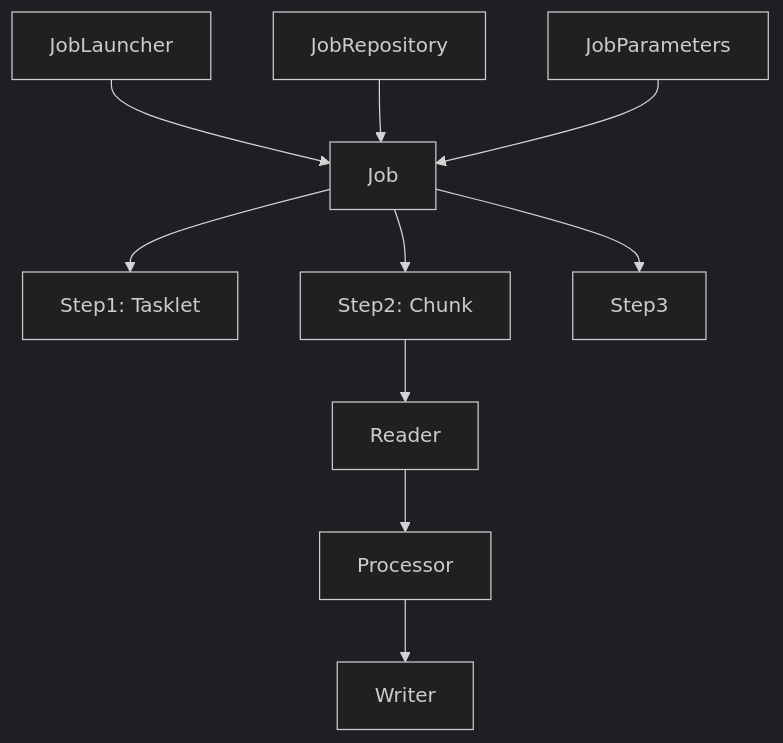
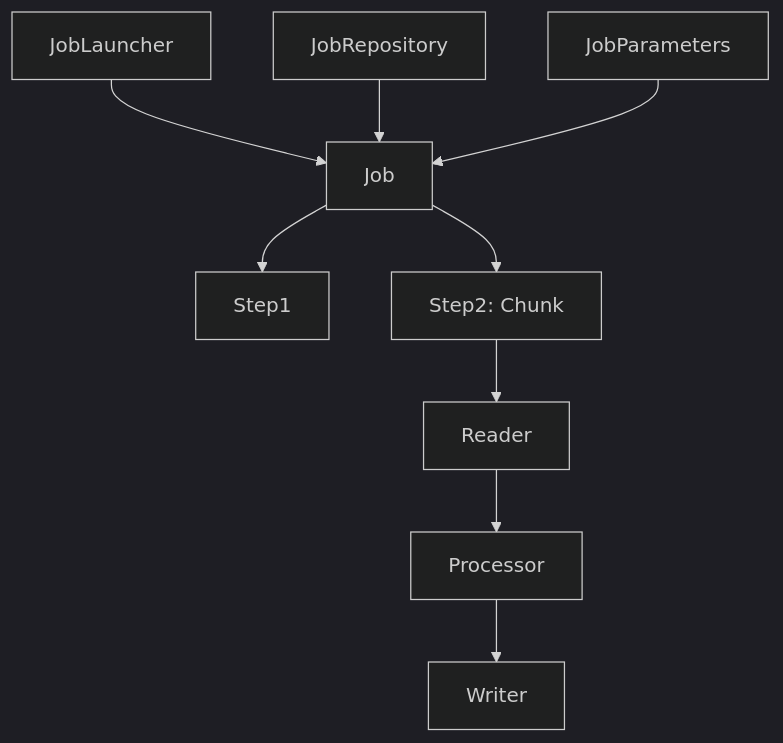
Before and after one commit to yjkim2015/yjkim2015.github.io: the first of 6 diagrams in _posts/spring/2026-05-02-spring-batch-deep.md, drawn with Mermaid (dark theme). The commit also changed other lines of this file and 155 other files, not shown here.

First line of the commit message:
Mermaid 전면 수정: subgraph 제거, participant/노드/줄수 축소 (342블록)

````diff
--- a/_posts/spring/2026-05-02-spring-batch-deep.md
+++ b/_posts/spring/2026-05-02-spring-batch-deep.md
@@ -18,10 +18,9 @@
 ```mermaid
 graph TD
     A[JobLauncher] --> B[Job]
-    B --> C[Step1: Tasklet]
+    B --> C[Step1]
     B --> D[Step2: Chunk]
     D --> R[Reader] --> P[Processor] --> W[Writer]
-    B --> E[Step3]
     K[JobRepository] --> B
     L[JobParameters] --> B
 ```
````
